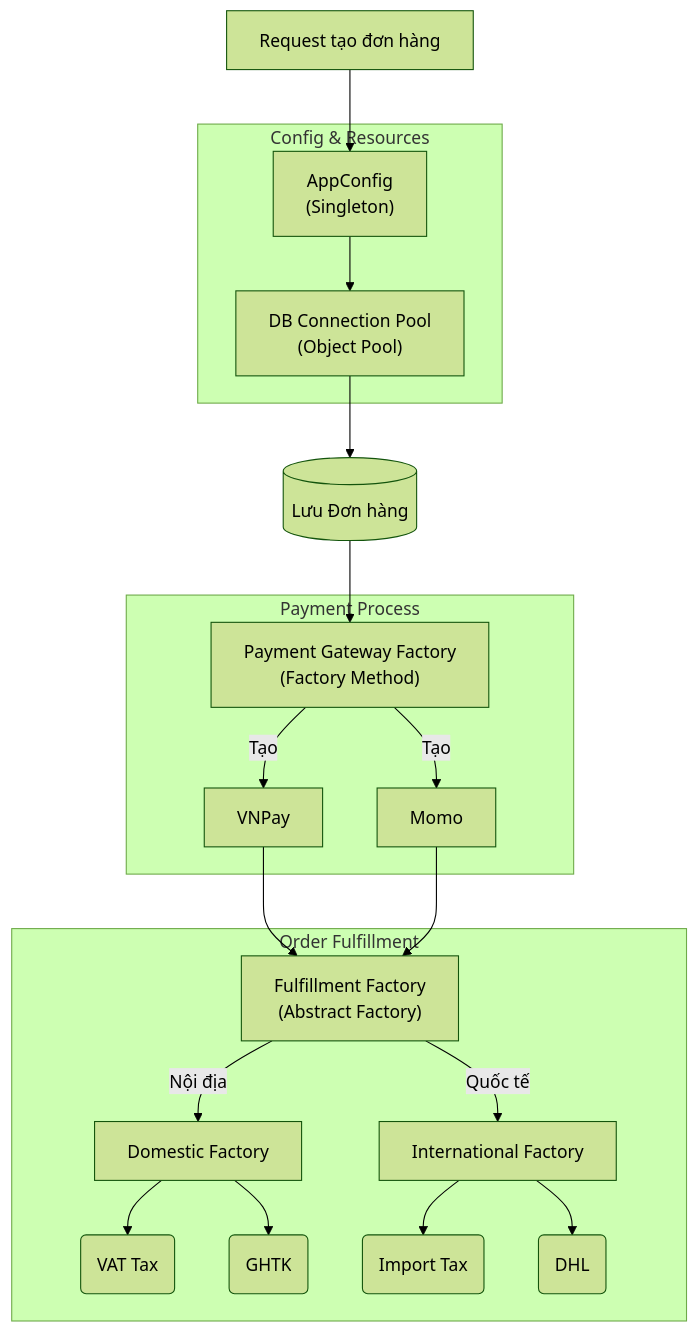
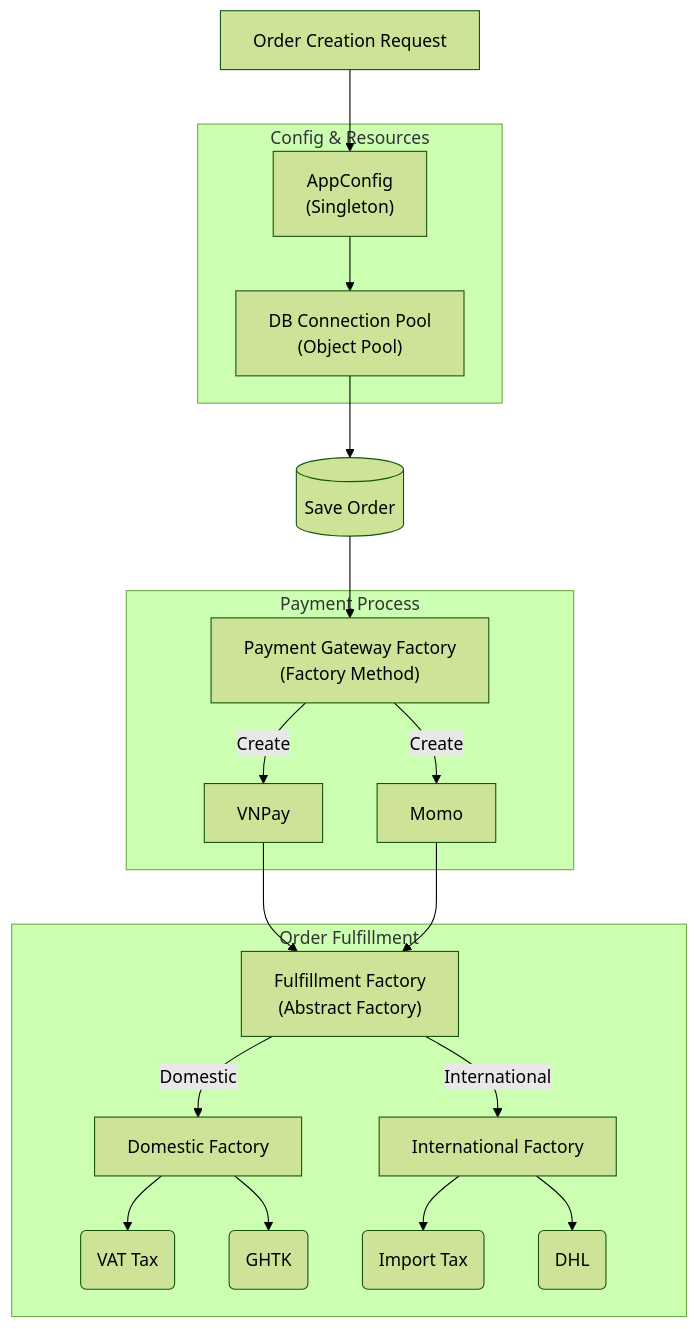
Before and after one commit to ga2631/ga2631.github.io: the diagram in src/data/blog/en/73-2026-06-25-design-pattern-05-creational-patterns-use-case-analysis.md, drawn with Mermaid (forest theme). The commit also changed other lines of this file and 74 other files, not shown here.

````diff
--- a/src/data/blog/en/73-2026-06-25-design-pattern-05-creational-patterns-use-case-analysis.md
+++ b/src/data/blog/en/73-2026-06-25-design-pattern-05-creational-patterns-use-case-analysis.md
@@ -19,29 +19,29 @@
 ```mermaid
 flowchart TD
-  Start[Request tạo đơn hàng] --> Cfg
+  Start[Order Creation Request] --> Cfg
 
   subgraph Config & Resources
     Cfg["AppConfig\n(Singleton)"] --> Pool
     Pool["DB Connection Pool\n(Object Pool)"]
   end
 
-  Pool --> DB[(Lưu Đơn hàng)]
+  Pool --> DB[(Save Order)]
   DB --> Payment
 
   subgraph Payment Process
-    Payment["Payment Gateway Factory\n(Factory Method)"] -->|Tạo| P_VNP[VNPay]
-    Payment -->|Tạo| P_MOMO[Momo]
+    Payment["Payment Gateway Factory\n(Factory Method)"] -->|Create| P_VNP[VNPay]
+    Payment -->|Create| P_MOMO[Momo]
   end
 
   P_VNP --> Fulfillment
   P_MOMO --> Fulfillment
 
   subgraph Order Fulfillment
     Fulfillment["Fulfillment Factory\n(Abstract Factory)"]
-    Fulfillment -->|Nội địa| F_Dom[Domestic Factory]
-    Fulfillment -->|Quốc tế| F_Int[International Factory]
+    Fulfillment -->|Domestic| F_Dom[Domestic Factory]
+    Fulfillment -->|International| F_Int[International Factory]
 
     F_Dom --> T1(VAT Tax) & S1(GHTK)
     F_Int --> T2(Import Tax) & S2(DHL)
   end
 ```
````
